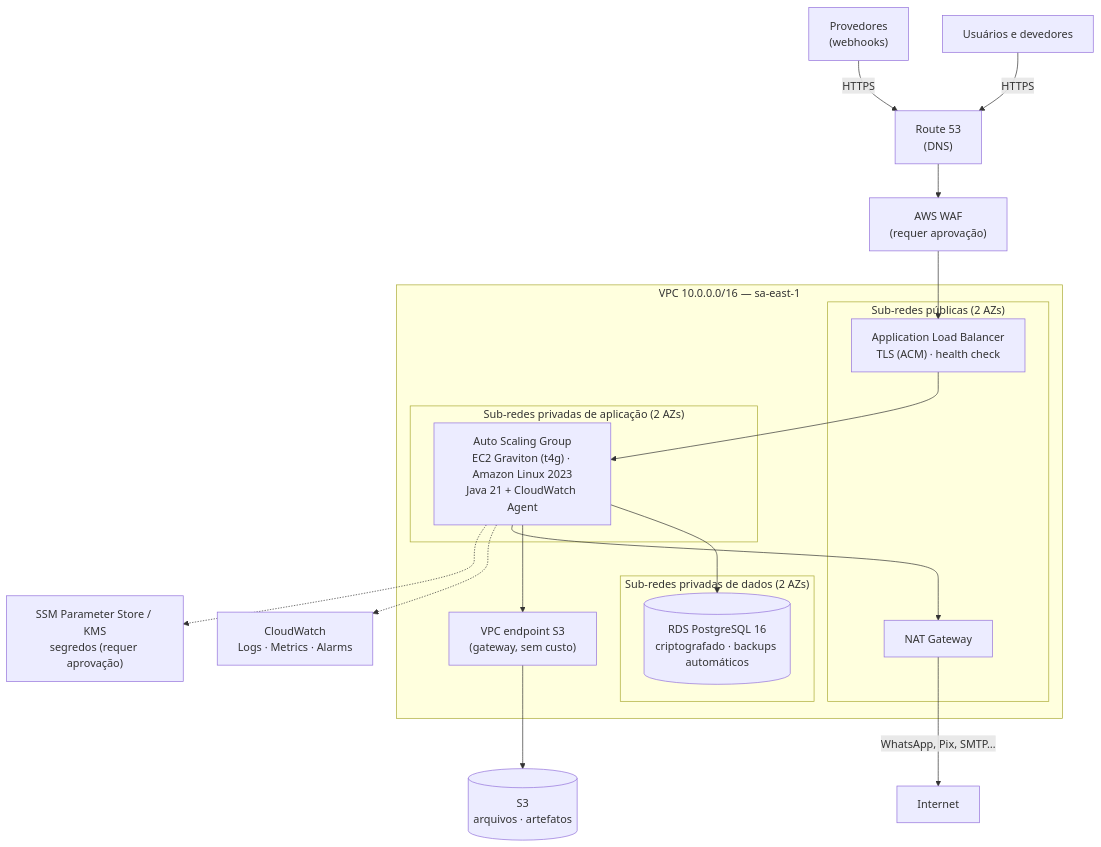
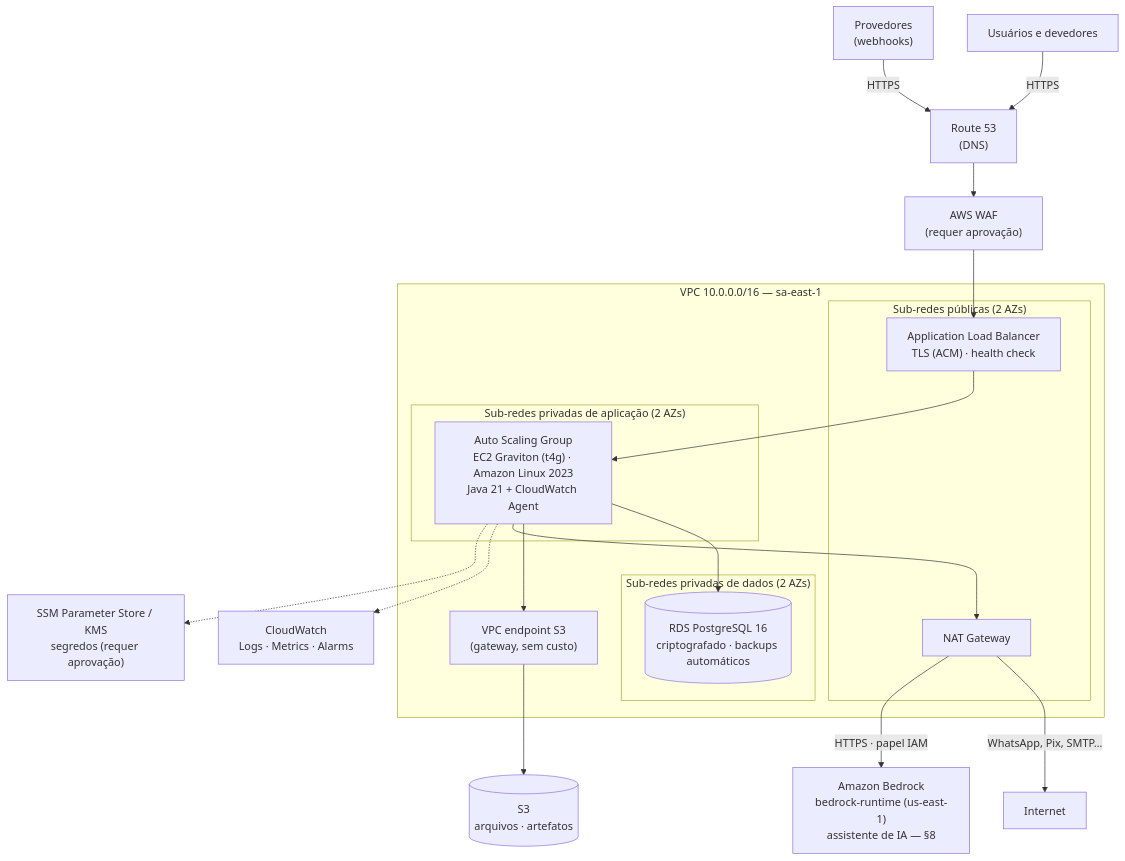
The first of 2 diagrams in docs/arquitetura/infraestrutura-aws.md (marcoskapp/gestor_cobranca), drawn with Mermaid before and after one commit. The commit also changed other lines of this file and 8 other files, not shown here.

First line of the commit message:
Documenta o provedor Amazon Bedrock do assistente e as decisões 360–377

````diff
--- a/docs/arquitetura/infraestrutura-aws.md
+++ b/docs/arquitetura/infraestrutura-aws.md
@@ -15,28 +15,29 @@
 ```mermaid
 flowchart TB
     U["Usuários e devedores"] -->|HTTPS| R53["Route 53<br/>(DNS)"]
     P["Provedores<br/>(webhooks)"] -->|HTTPS| R53
     R53 --> WAF["AWS WAF<br/>(requer aprovação)"]
     WAF --> ALB
 
     subgraph VPC["VPC 10.0.0.0/16 — sa-east-1"]
         subgraph PUB["Sub-redes públicas (2 AZs)"]
             ALB["Application Load Balancer<br/>TLS (ACM) · health check"]
             NAT["NAT Gateway"]
         end
         subgraph APP["Sub-redes privadas de aplicação (2 AZs)"]
             ASG["Auto Scaling Group<br/>EC2 Graviton (t4g) · Amazon Linux 2023<br/>Java 21 + CloudWatch Agent"]
         end
         subgraph DB["Sub-redes privadas de dados (2 AZs)"]
             RDS[("RDS PostgreSQL 16<br/>criptografado · backups automáticos")]
         end
         S3E["VPC endpoint S3<br/>(gateway, sem custo)"]
     end
 
     ALB --> ASG
     ASG --> RDS
     ASG --> S3E --> S3[("S3<br/>arquivos · artefatos")]
     ASG --> NAT -->|"WhatsApp, Pix, SMTP…"| INTERNET["Internet"]
+    NAT -->|"HTTPS · papel IAM"| BEDROCK["Amazon Bedrock<br/>bedrock-runtime (us-east-1)<br/>assistente de IA — §8"]
     ASG -.-> CW["CloudWatch<br/>Logs · Metrics · Alarms"]
     ASG -.-> SSM["SSM Parameter Store / KMS<br/>segredos (requer aprovação)"]
 ```
````
